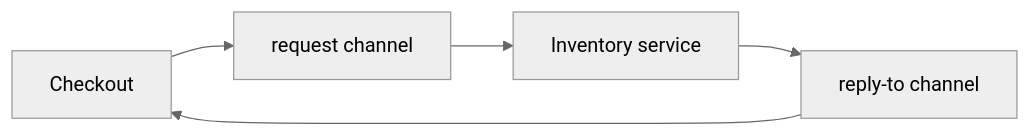
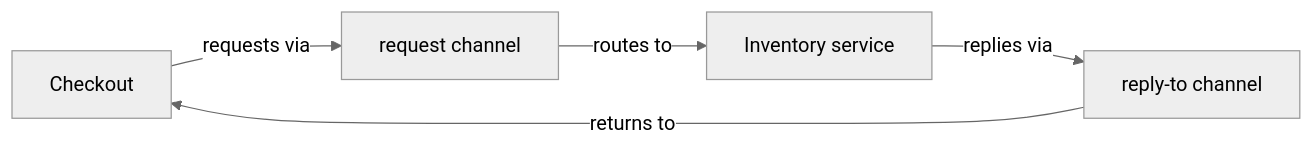
Before and after one commit to vinayakuber/microservices-io-study-guide: the tenth of 13 diagrams in docs/ch05-messaging.md, drawn with Mermaid (neutral theme). The commit also changed other lines of this file and 71 other files, not shown here.

First line of the commit message:
R18: label every diagram arrow with its meaning

````diff
--- a/docs/ch05-messaging.md
+++ b/docs/ch05-messaging.md
@@ -351,7 +351,7 @@
 ```mermaid
 flowchart LR
-  C["Checkout"] --> RQ["request channel"]
-  RQ --> P["Inventory service"]
-  P --> RP["reply-to channel"]
-  RP --> C
+  C["Checkout"] -->|"requests via"| RQ["request channel"]
+  RQ -->|"routes to"| P["Inventory service"]
+  P -->|"replies via"| RP["reply-to channel"]
+  RP -->|"returns to"| C
 ```
````
